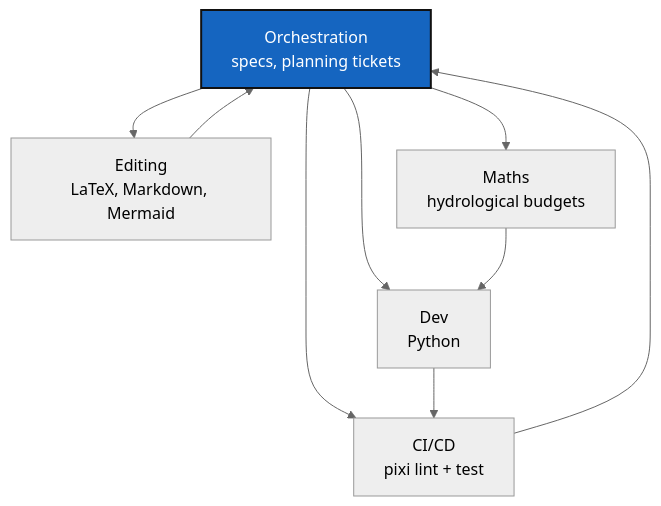
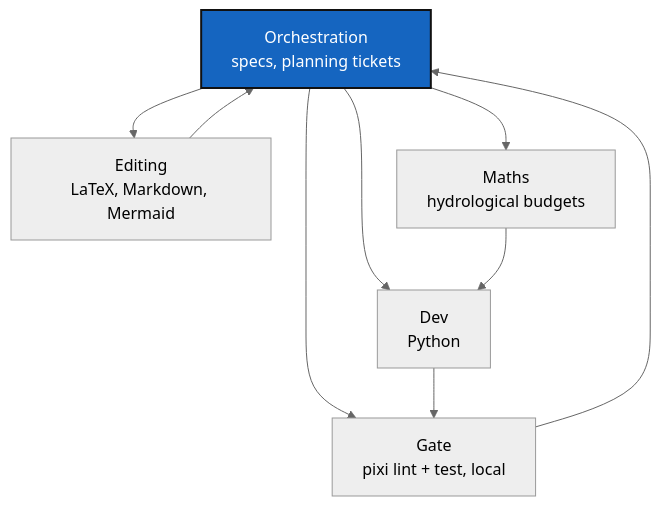
One commit to flipoyo/.localSpec changed the diagram in AGENT.md. Above: the diagram before and after it, drawn with Mermaid (neutral theme). The commit also changed other lines of this file and 3 other files, not shown here.

````diff
--- a/AGENT.md
+++ b/AGENT.md
@@ -17,14 +17,14 @@
 ```mermaid
 graph TD
     O["Orchestration<br/>specs, planning tickets"] --> D["Dev<br/>Python"]
-    O --> CI["CI/CD<br/>pixi lint + test"]
+    O --> CI["Gate<br/>pixi lint + test, local"]
     O --> E["Editing<br/>LaTeX, Markdown, Mermaid"]
     O --> M["Maths<br/>hydrological budgets"]
     D --> CI
     M --> D
     E --> O
     CI --> O
 
     classDef orch fill:#1565C0,color:#fff,stroke:#111,stroke-width:2px;
     class O orch;
 ```
````
